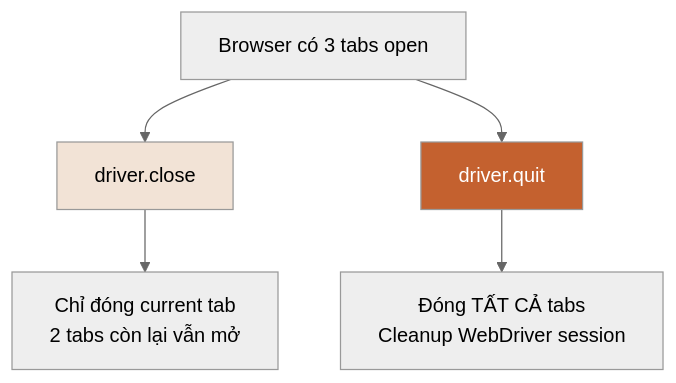
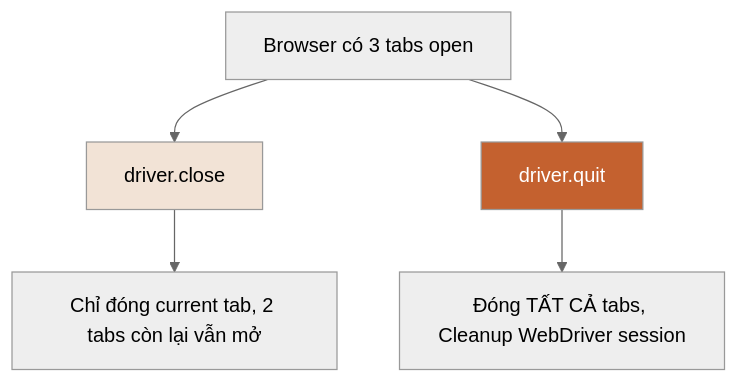
Before and after one commit to namnd0806/automation-testing-cource: the ninth of 9 diagrams in 04-selenium-introduction.md, drawn with Mermaid (neutral theme). The commit also changed other lines of this file and 4 other files, not shown here.

First line of the commit message:
Fix: Sửa tất cả sơ đồ Mermaid lỗi format

````diff
--- a/04-selenium-introduction.md
+++ b/04-selenium-introduction.md
@@ -588,13 +588,13 @@
 ```mermaid
 graph TD
     A[Browser có 3 tabs open]
     
     A --> B[driver.close]
-    B --> C[Chỉ đóng current tab<br/>2 tabs còn lại vẫn mở]
+    B --> C[Chỉ đóng current tab, 2 tabs còn lại vẫn mở]
     
     A --> D[driver.quit]
-    D --> E[Đóng TẤT CẢ tabs<br/>Cleanup WebDriver session]
+    D --> E[Đóng TẤT CẢ tabs, Cleanup WebDriver session]
     
     style B fill:#F2E3D6
     style D fill:#C4612F,color:#fff
 ```
````
